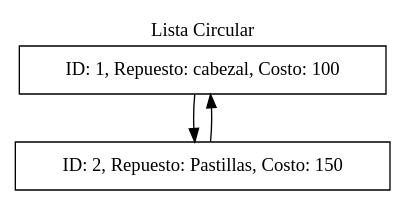
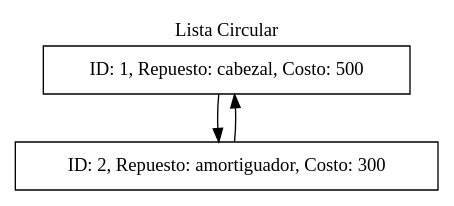
The diagram in Fase#1/Graficas/ListaCircular.dot (Farot30/-EDD-1S2025_202307820), drawn with Graphviz before and after one commit. The commit also changed 29 other files, not shown here.

```diff
--- a/Fase#1/Graficas/ListaCircular.dot
+++ b/Fase#1/Graficas/ListaCircular.dot
@@ -1,8 +1,8 @@
 digraph G {
 label="Lista Circular";
 labelloc="t";
 node [shape=box];
-"ID: 1, Repuesto: cabezal, Costo: 100" -> "ID: 2, Repuesto: Pastillas, Costo: 150";
-"ID: 2, Repuesto: Pastillas, Costo: 150" -> "ID: 1, Repuesto: cabezal, Costo: 100";
+"ID: 1, Repuesto: cabezal, Costo: 500" -> "ID: 2, Repuesto: amortiguador, Costo: 300";
+"ID: 2, Repuesto: amortiguador, Costo: 300" -> "ID: 1, Repuesto: cabezal, Costo: 500";
 
 }
```
